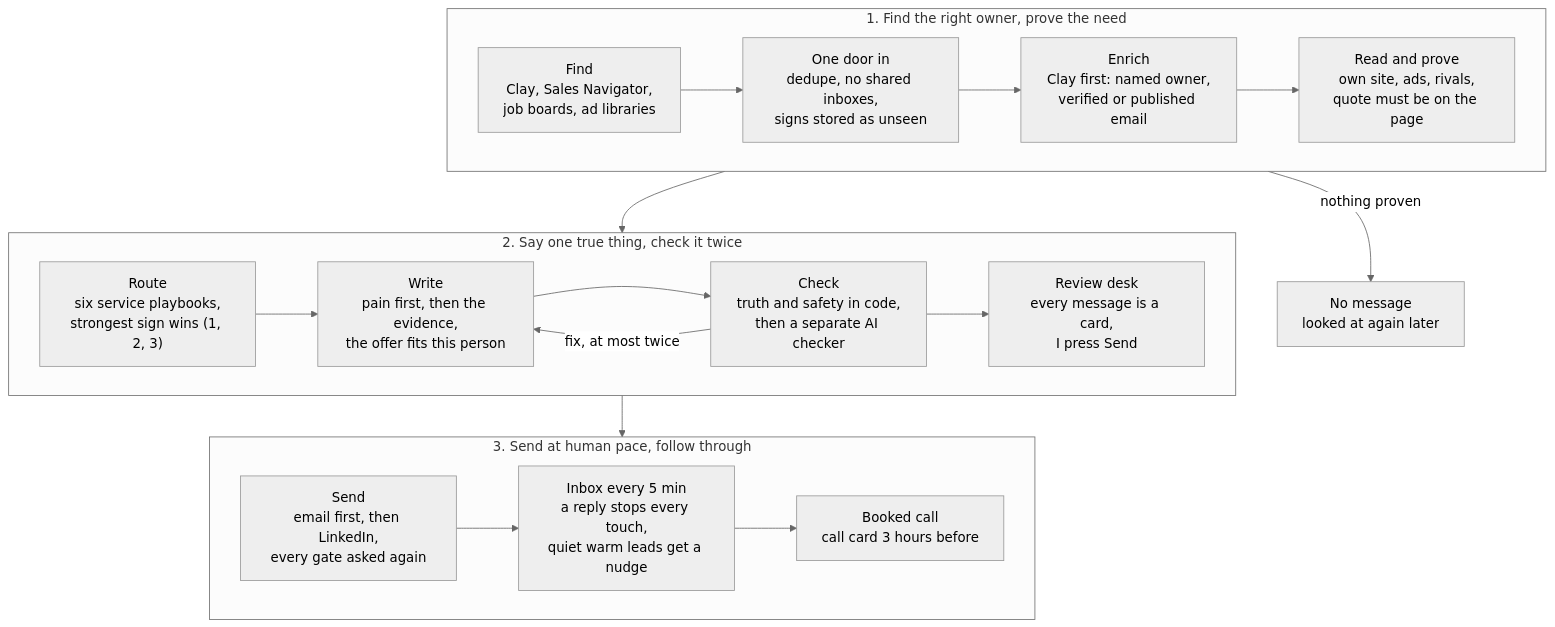
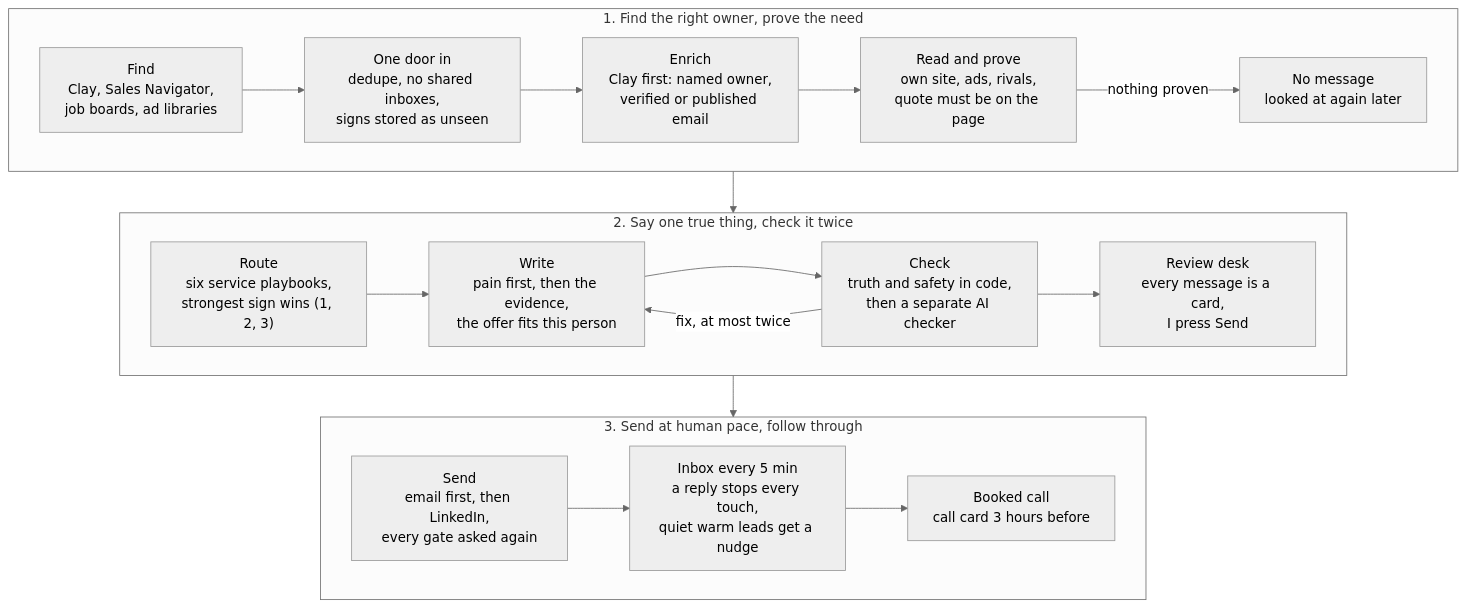
One commit to shinigamieaper/growveloper-gtm-lab changed the diagram in outbound-system/README.md. Above: the diagram before and after it, drawn with Mermaid (neutral theme).

Commit message:
Diagram rows run left to right

````diff
--- a/outbound-system/README.md
+++ b/outbound-system/README.md
@@ -58,24 +58,24 @@
 ```mermaid
 flowchart TD
   subgraph S1["1. Find the right owner, prove the need"]
     direction LR
     A["Find<br/>Clay, Sales Navigator,<br/>job boards, ad libraries"] --> B["One door in<br/>dedupe, no shared inboxes,<br/>signs stored as unseen"]
     B --> C["Enrich<br/>Clay first: named owner,<br/>verified or published email"]
     C --> D["Read and prove<br/>own site, ads, rivals,<br/>quote must be on the page"]
+    D -->|nothing proven| X["No message<br/>looked at again later"]
   end
   subgraph S2["2. Say one true thing, check it twice"]
     direction LR
     E["Route<br/>six service playbooks,<br/>strongest sign wins (1, 2, 3)"] --> F["Write<br/>pain first, then the evidence,<br/>the offer fits this person"]
     F --> G["Check<br/>truth and safety in code,<br/>then a separate AI checker"]
     G -->|fix, at most twice| F
     G --> H["Review desk<br/>every message is a card,<br/>I press Send"]
   end
   subgraph S3["3. Send at human pace, follow through"]
     direction LR
     I["Send<br/>email first, then LinkedIn,<br/>every gate asked again"] --> J["Inbox every 5 min<br/>a reply stops every touch,<br/>quiet warm leads get a nudge"]
     J --> K["Booked call<br/>call card 3 hours before"]
   end
-  D -->|nothing proven| X["No message<br/>looked at again later"]
-  D --> E
-  H --> I
+  S1 --> S2
+  S2 --> S3
 ```
````
